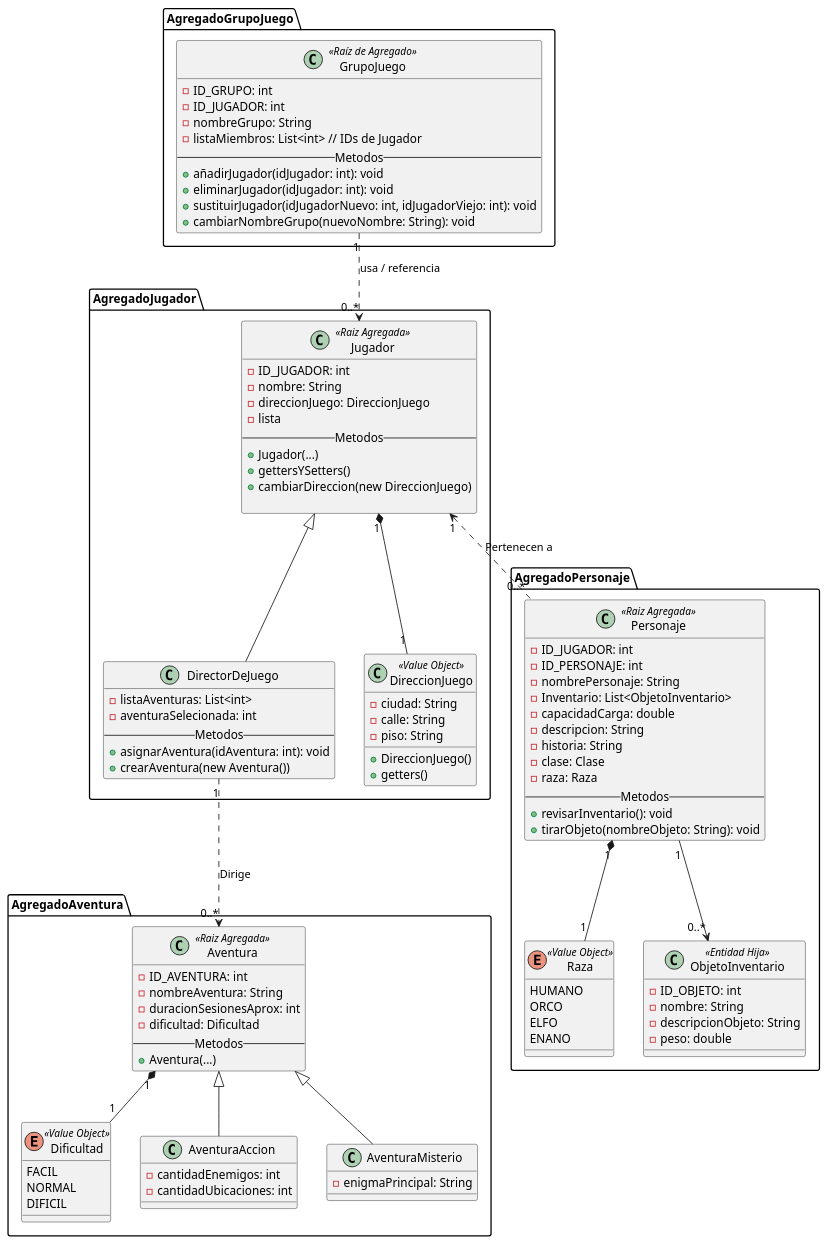
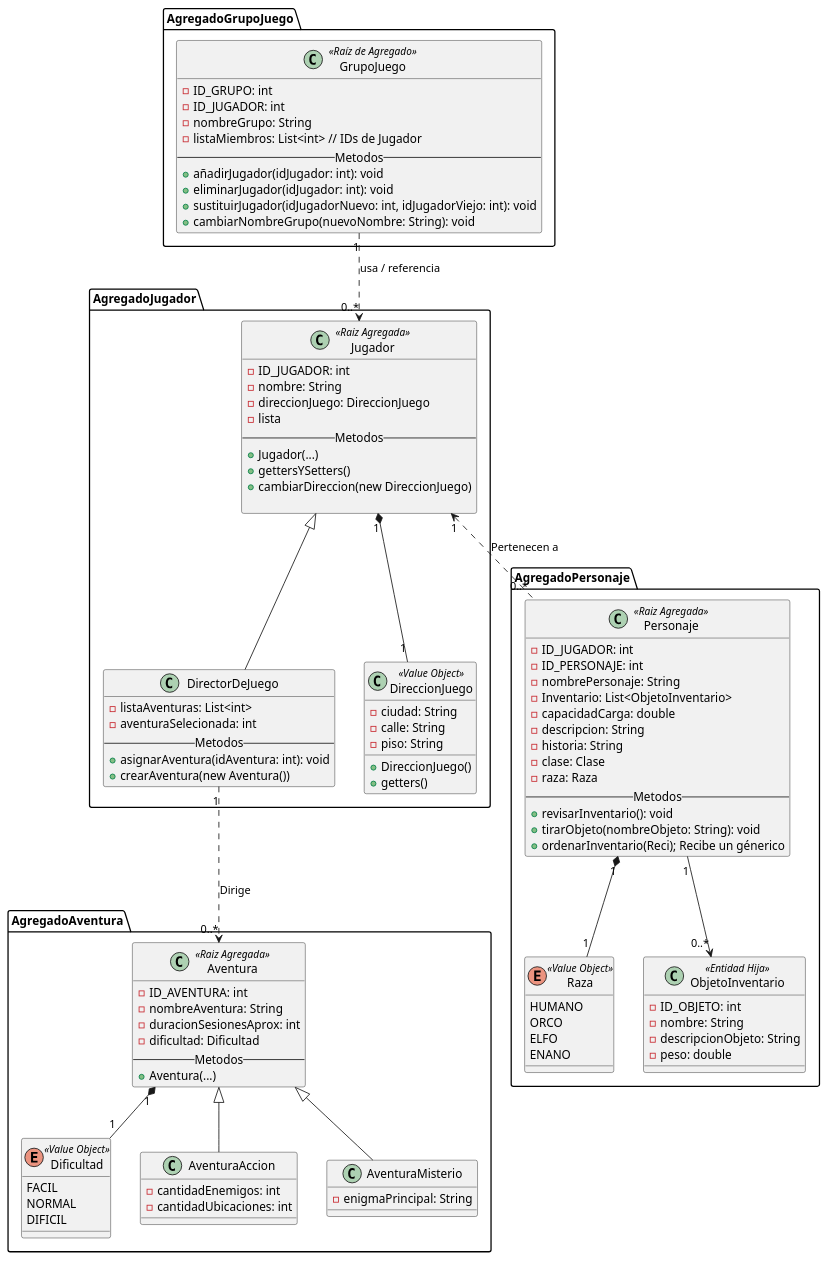
Before and after one commit to Rubick65/trabajoDDD: the diagram in trabajo/diagramaClasesDDD.puml, drawn with PlantUML.

Commit message:
Diagrama de clases actualizado(No definitivo v3)

```diff
--- a/trabajo/diagramaClasesDDD.puml
+++ b/trabajo/diagramaClasesDDD.puml
@@ -1,117 +1,118 @@
 @startuml
 package AgregadoJugador{
     class Jugador <<Raiz Agregada>>{
         -ID_JUGADOR: int
         -nombre: String
         -direccionJuego: DireccionJuego
         -lista
         --Metodos--
         +Jugador(...)
         +gettersYSetters()
         +cambiarDireccion(new DireccionJuego)
 
     }
 
     class DirectorDeJuego extends Jugador{
         -listaAventuras: List<int>
         -aventuraSelecionada: int
         --Metodos--
          +asignarAventura(idAventura: int): void
          +crearAventura(new Aventura())
     }
 
     class DireccionJuego<<Value Object>>{
         -ciudad: String
         -calle: String
         -piso: String
 
         +DireccionJuego()
         +getters()
     }
 
     Jugador "1" *-- "1" DireccionJuego
 
 }
 
 
 package AgregadoPersonaje{
     enum Raza <<Value Object>>{
         HUMANO
         ORCO
         ELFO
         ENANO
     }
 
     class Personaje<<Raiz Agregada>>{
         -ID_JUGADOR: int
         -ID_PERSONAJE: int
         -nombrePersonaje: String
         -Inventario: List<ObjetoInventario>
         -capacidadCarga: double
         -descripcion: String
         -historia: String
         -clase: Clase
         -raza: Raza
         --Metodos--
         +revisarInventario(): void
         +tirarObjeto(nombreObjeto: String): void
-    }
+        +ordenarInventario(Reci); Recibe un génerico
+        }
 
     class ObjetoInventario<<Entidad Hija>>{
         -ID_OBJETO: int
         -nombre: String
         -descripcionObjeto: String
         -peso: double
     }
 
     Personaje "1" --> "0..*" ObjetoInventario
     Personaje "1" *-- "1" Raza
     Jugador "1" <.. "0..*" Personaje: Pertenecen a
 }
 
 package AgregadoGrupoJuego{
     class GrupoJuego <<Raíz de Agregado>> {
         -ID_GRUPO: int
         -ID_JUGADOR: int
         -nombreGrupo: String
         -listaMiembros: List<int> // IDs de Jugador
         --Metodos--
         +añadirJugador(idJugador: int): void
         +eliminarJugador(idJugador: int): void
         +sustituirJugador(idJugadorNuevo: int, idJugadorViejo: int): void
         +cambiarNombreGrupo(nuevoNombre: String): void
     }
 }
 
 ' La relación es de referencia de IDs
 GrupoJuego "1" ..> "0..*" Jugador : usa / referencia
 
 
 package AgregadoAventura{
     enum Dificultad<<Value Object>>{
         FACIL
         NORMAL
         DIFICIL
     }
     class Aventura<<Raiz Agregada>>{
         -ID_AVENTURA: int
         -nombreAventura: String
         -duracionSesionesAprox: int
         -dificultad: Dificultad
         --Metodos--
         +Aventura(...)
     }
 
     class AventuraAccion extends Aventura{
         -cantidadEnemigos: int
         -cantidadUbicaciones: int
     }
 
     class AventuraMisterio extends Aventura{
             -enigmaPrincipal: String
     }
 
     DirectorDeJuego "1" ..> "0..*" Aventura: Dirige
     Aventura "1" *-- "1" Dificultad
 }
 @enduml
```
